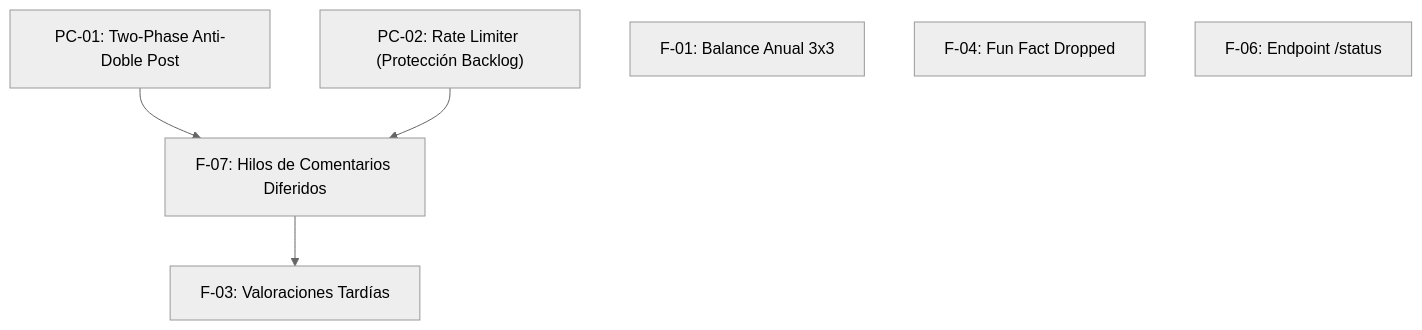
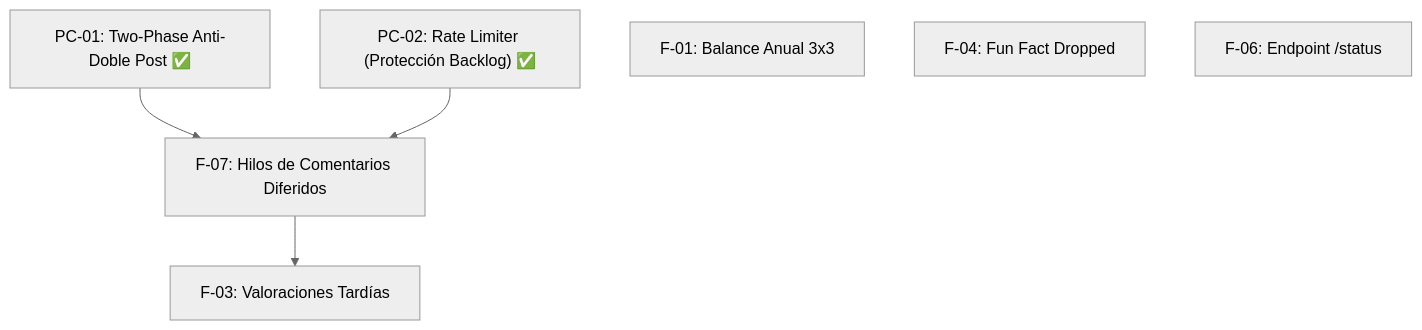
Before and after one commit to insaid-code/bsky-media-scrobbler: the second of 2 diagrams in ROADMAP.md, drawn with Mermaid (neutral theme). The commit also changed other lines of this file, not shown here.

Commit message:
docs(roadmap): mark PC-01, PC-02 and PC-03 as implemented

````diff
--- a/ROADMAP.md
+++ b/ROADMAP.md
@@ -295,9 +294,9 @@
 ```mermaid
 graph TD
-    PC01["PC-01: Two-Phase Anti-Doble Post"] --> F07["F-07: Hilos de Comentarios Diferidos"]
-    PC02["PC-02: Rate Limiter (Protección Backlog)"] --> F07
+    PC01["PC-01: Two-Phase Anti-Doble Post ✅"] --> F07["F-07: Hilos de Comentarios Diferidos"]
+    PC02["PC-02: Rate Limiter (Protección Backlog) ✅"] --> F07
     F07 --> F03["F-03: Valoraciones Tardías"]
     F01["F-01: Balance Anual 3x3"]
     F04["F-04: Fun Fact Dropped"]
     F06["F-06: Endpoint /status"]
 ```
````
